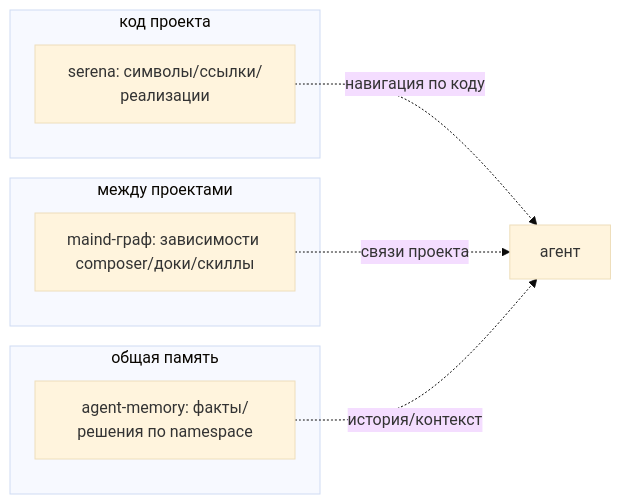
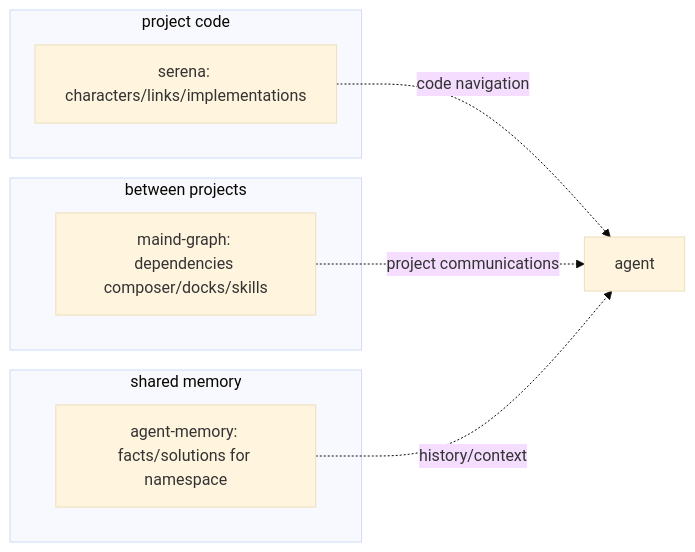
The third of 4 diagrams in packages/maind/docs/guide/how-it-works.md (academici/swissknifeman), drawn with Mermaid (base theme) before and after one commit. The commit also changed other lines of this file and 1553 other files, not shown here.

````diff
--- a/packages/maind/docs/guide/how-it-works.md
+++ b/packages/maind/docs/guide/how-it-works.md
@@ -84,15 +84,15 @@
 ```mermaid
 flowchart LR
-  subgraph code["код проекта"]
-    GFY["serena: символы/ссылки/реализации"]
+  subgraph code["project code"]
+    GFY["serena: characters/links/implementations"]
   end
-  subgraph topo["между проектами"]
-    MG["maind-граф: зависимости composer/доки/скиллы"]
+  subgraph topo["between projects"]
+    MG["maind-graph: dependencies composer/docks/skills"]
   end
-  subgraph mem["общая память"]
-    AM["agent-memory: факты/решения по namespace"]
+  subgraph mem["shared memory"]
+    AM["agent-memory: facts/solutions for namespace"]
   end
-  GFY -. "навигация по коду" .-> DEV["агент"]
-  MG -. "связи проекта" .-> DEV
-  AM -. "история/контекст" .-> DEV
+  GFY -. "code navigation" .-> DEV["agent"]
+  MG -. "project communications" .-> DEV
+  AM -. "history/context" .-> DEV
 ```
````
